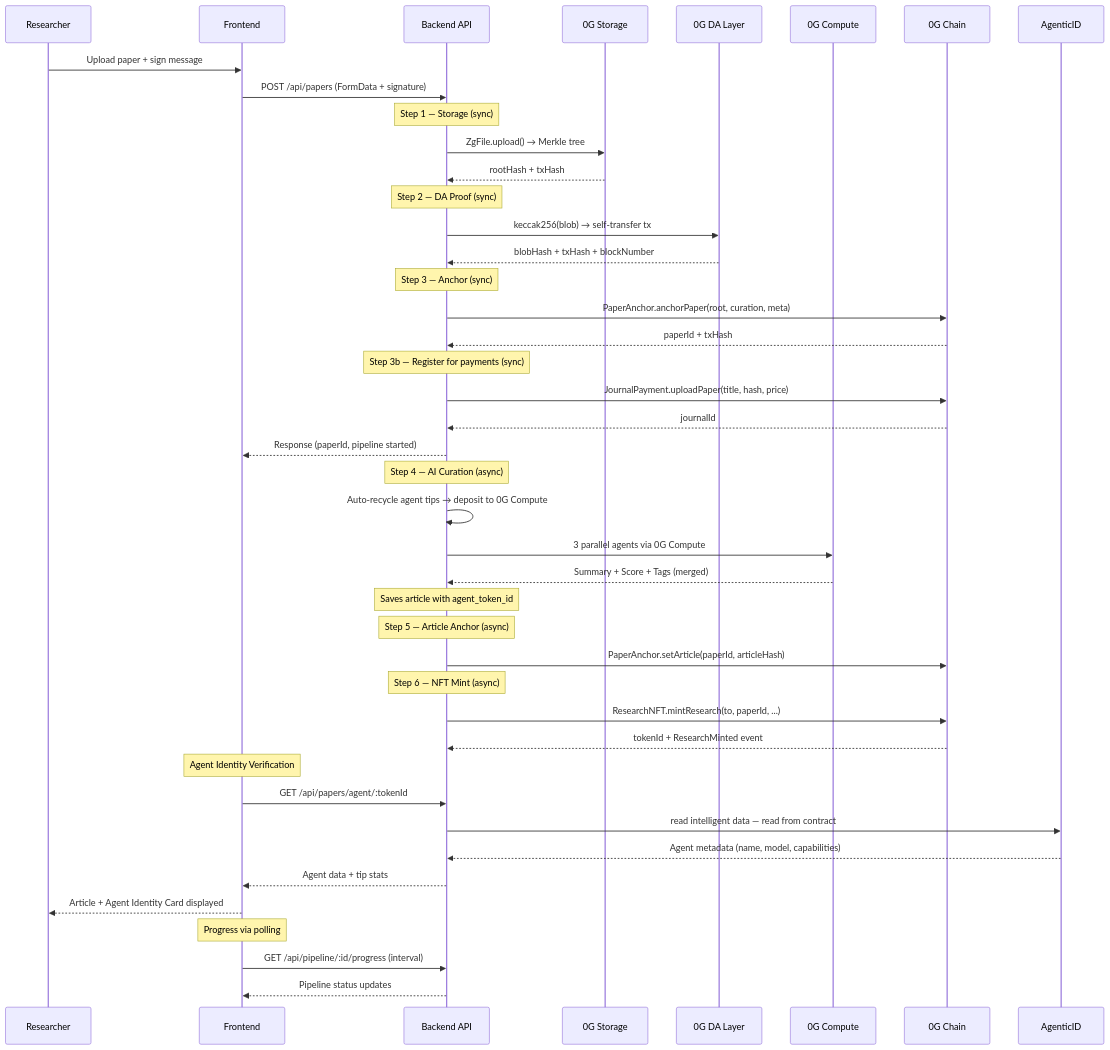
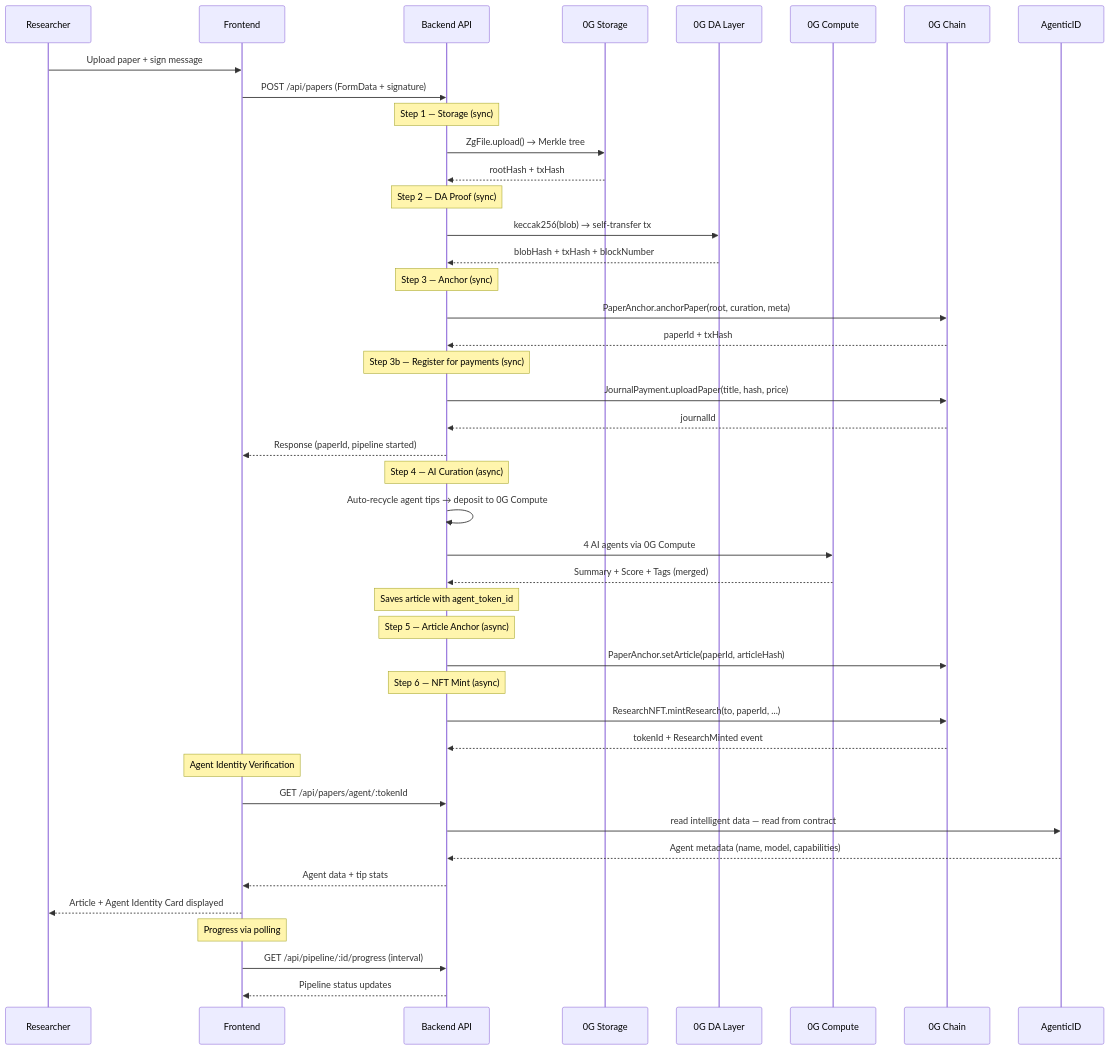
Before and after one commit to dwlpra/rumah-peneliti: the second of 5 diagrams in README.md, drawn with Mermaid. The commit also changed other lines of this file, not shown here.

Commit message:
fix: clean up README — consistent 5 components, 4 agents, 11 pages, 77 tests, remove broken refs

````diff
--- a/README.md
+++ b/README.md
@@ -228,55 +228,55 @@
 ```mermaid
 sequenceDiagram
     participant R as Researcher
     participant FE as Frontend
     participant BE as Backend API
     participant S as 0G Storage
     participant DA as 0G DA Layer
     participant C as 0G Compute
     participant CH as 0G Chain
     participant AG as AgenticID
 
     R->>FE: Upload paper + sign message
     FE->>BE: POST /api/papers (FormData + signature)
 
     Note over BE: Step 1 — Storage (sync)
     BE->>S: ZgFile.upload() → Merkle tree
     S-->>BE: rootHash + txHash
 
     Note over BE: Step 2 — DA Proof (sync)
     BE->>DA: keccak256(blob) → self-transfer tx
     DA-->>BE: blobHash + txHash + blockNumber
 
     Note over BE: Step 3 — Anchor (sync)
     BE->>CH: PaperAnchor.anchorPaper(root, curation, meta)
     CH-->>BE: paperId + txHash
 
     Note over BE: Step 3b — Register for payments (sync)
     BE->>CH: JournalPayment.uploadPaper(title, hash, price)
     CH-->>BE: journalId
     BE-->>FE: Response (paperId, pipeline started)
 
     Note over BE: Step 4 — AI Curation (async)
     BE->>BE: Auto-recycle agent tips → deposit to 0G Compute
-    BE->>C: 3 parallel agents via 0G Compute
+    BE->>C: 4 AI agents via 0G Compute
     C-->>BE: Summary + Score + Tags (merged)
     Note over BE: Saves article with agent_token_id
 
     Note over BE: Step 5 — Article Anchor (async)
     BE->>CH: PaperAnchor.setArticle(paperId, articleHash)
 
     Note over BE: Step 6 — NFT Mint (async)
     BE->>CH: ResearchNFT.mintResearch(to, paperId, ...)
     CH-->>BE: tokenId + ResearchMinted event
 
     Note over FE: Agent Identity Verification
     FE->>BE: GET /api/papers/agent/:tokenId
     BE->>AG: read intelligent data — read from contract
     AG-->>BE: Agent metadata (name, model, capabilities)
     BE-->>FE: Agent data + tip stats
     FE-->>R: Article + Agent Identity Card displayed
 
     Note over FE: Progress via polling
     FE->>BE: GET /api/pipeline/:id/progress (interval)
     BE-->>FE: Pipeline status updates
 ```
````
